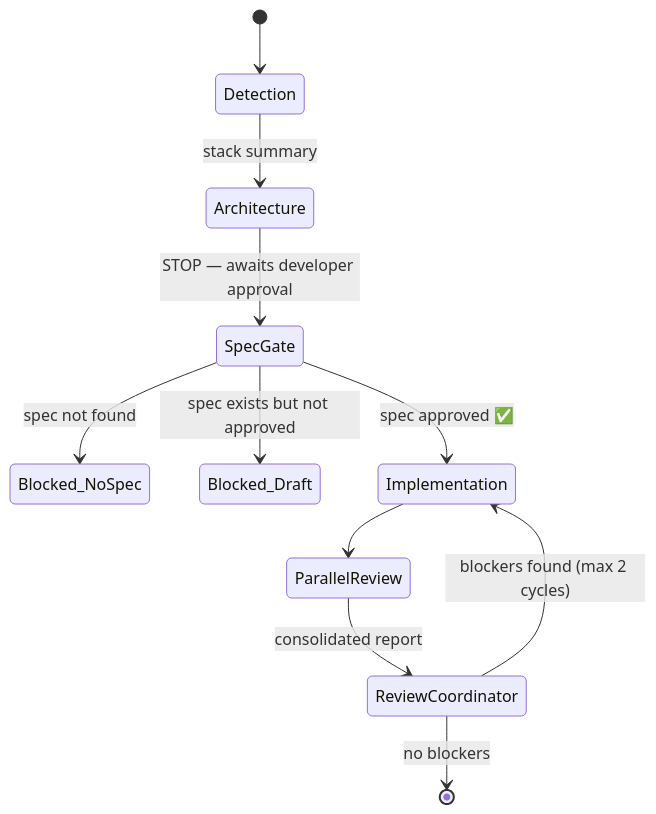
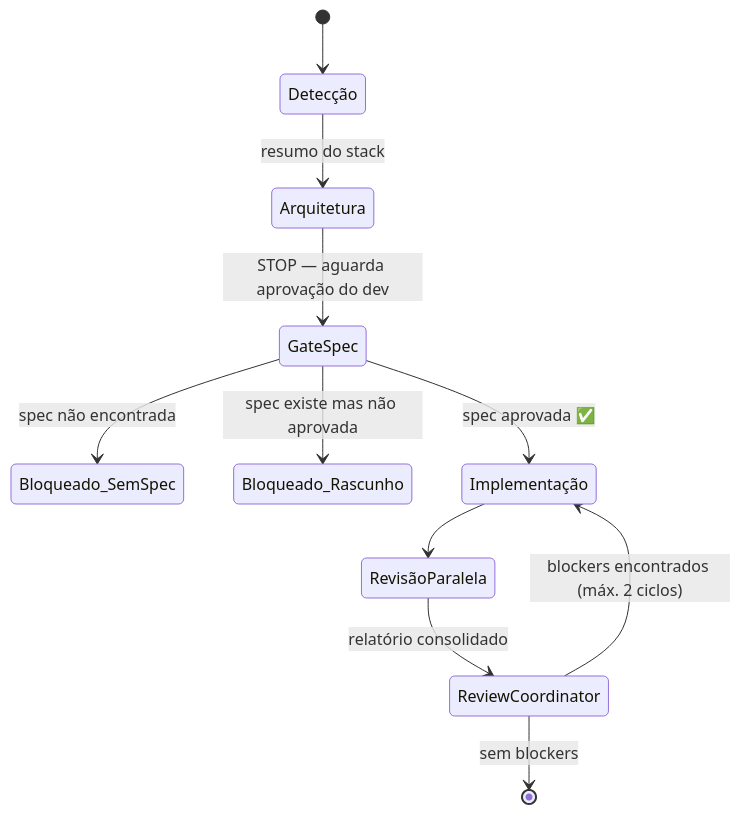
One commit to Leock9/engineer-workflow-claude changed the second of 2 diagrams in README.md. Above: the diagram before and after it, drawn with Mermaid. The commit also changed other lines of this file, not shown here.

````diff
--- a/README.md
+++ b/README.md
@@ -64,15 +64,15 @@
 ```mermaid
 stateDiagram-v2
-    [*] --> Detection
-    Detection --> Architecture: stack summary
-    Architecture --> SpecGate: STOP — awaits developer approval
+    [*] --> Detecção
+    Detecção --> Arquitetura: resumo do stack
+    Arquitetura --> GateSpec: STOP — aguarda aprovação do dev
 
-    SpecGate --> Blocked_NoSpec: spec not found
-    SpecGate --> Blocked_Draft: spec exists but not approved
-    SpecGate --> Implementation: spec approved ✅
+    GateSpec --> Bloqueado_SemSpec: spec não encontrada
+    GateSpec --> Bloqueado_Rascunho: spec existe mas não aprovada
+    GateSpec --> Implementação: spec aprovada ✅
 
-    Implementation --> ParallelReview
-    ParallelReview --> ReviewCoordinator: consolidated report
-    ReviewCoordinator --> Implementation: blockers found (max 2 cycles)
-    ReviewCoordinator --> [*]: no blockers
+    Implementação --> RevisãoParalela
+    RevisãoParalela --> ReviewCoordinator: relatório consolidado
+    ReviewCoordinator --> Implementação: blockers encontrados (máx. 2 ciclos)
+    ReviewCoordinator --> [*]: sem blockers
 ```
````
